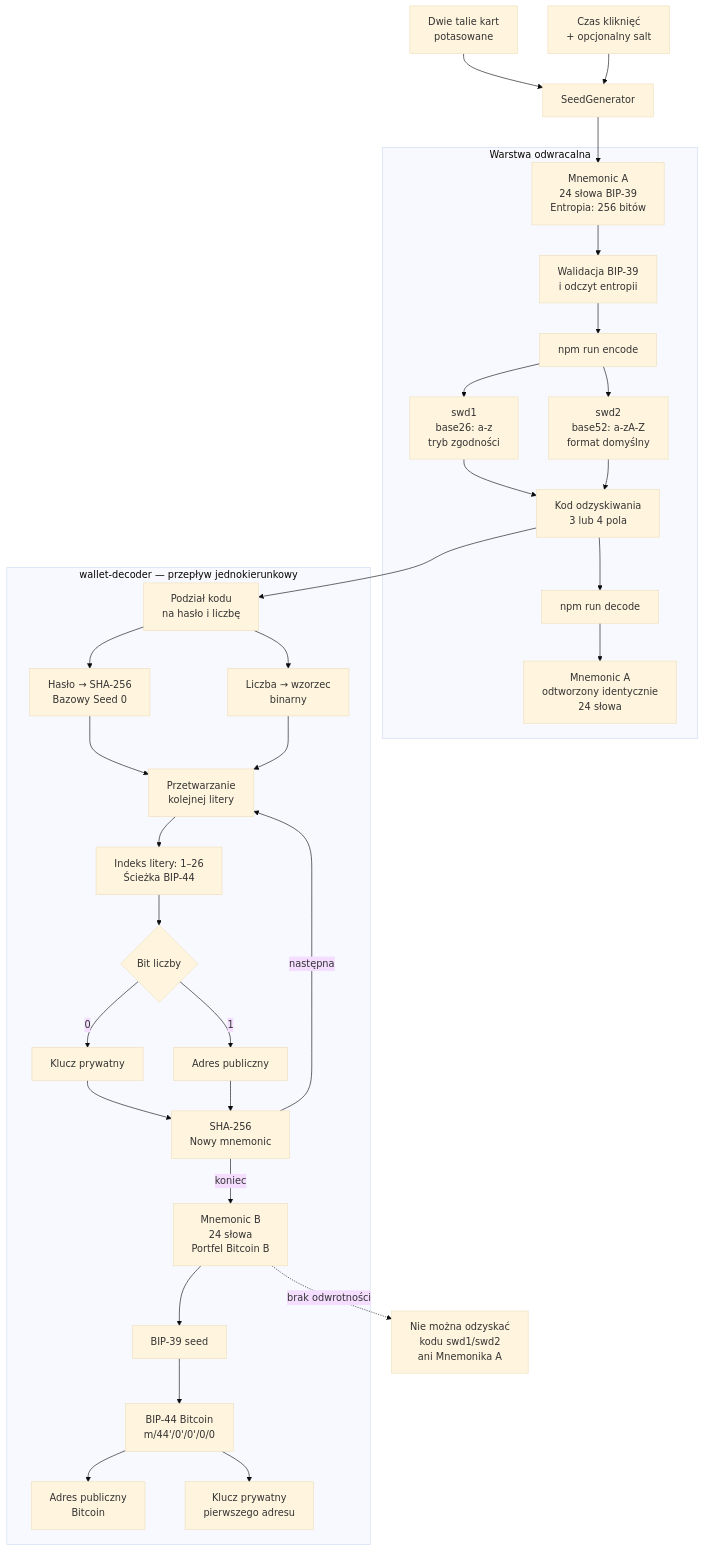
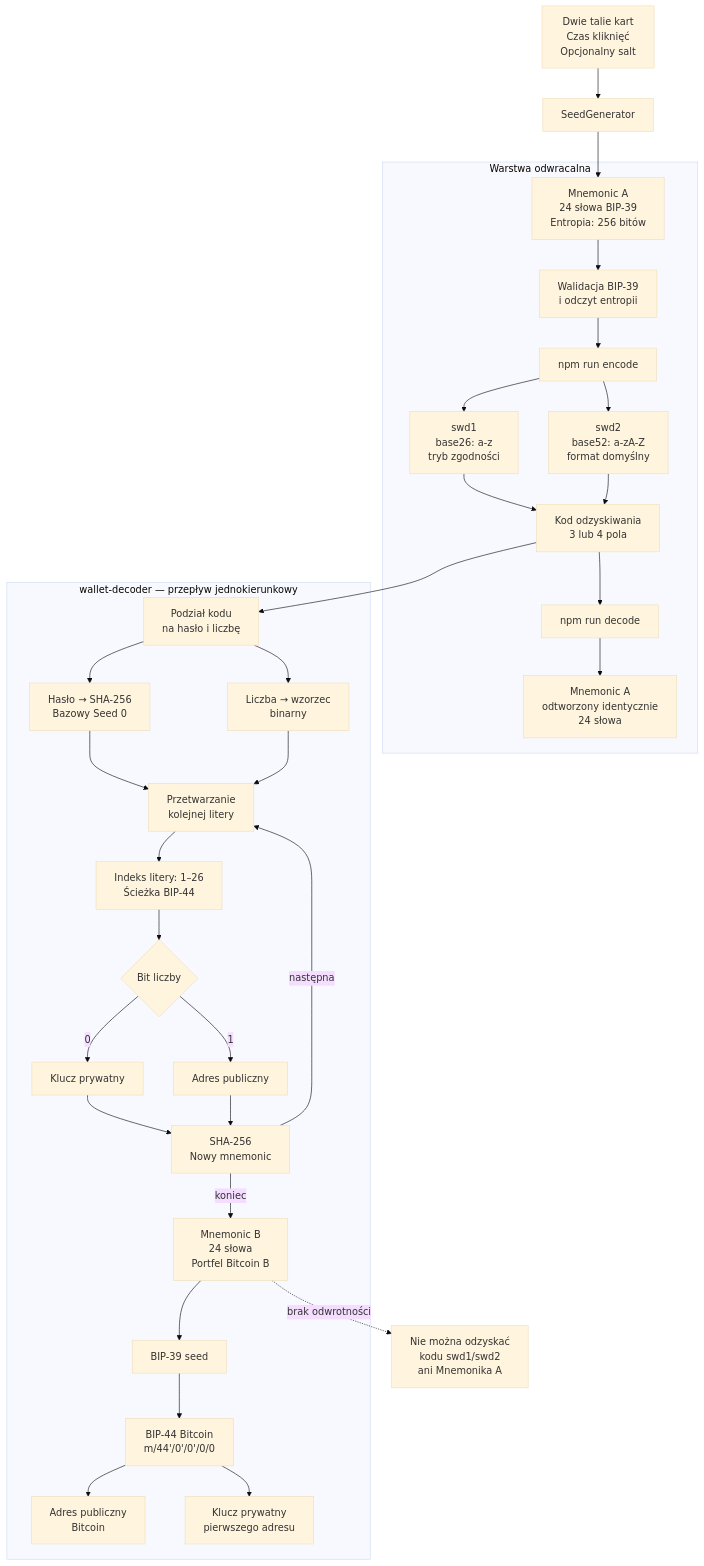
Before and after one commit to hattimon/Seed-Generator-Wallet-Decoder: the diagram in README.md, drawn with Mermaid (base theme).

Commit message:
Keep Mermaid inputs clear of GitHub controls

````diff
--- a/README.md
+++ b/README.md
@@ -25,39 +25,38 @@
 ```mermaid
 flowchart TD
-    A["Dwie talie kart<br/>potasowane"] --> B["SeedGenerator"]
-    T["Czas kliknięć<br/>+ opcjonalny salt"] --> B
+    A["Dwie talie kart<br/>Czas kliknięć<br/>Opcjonalny salt"] --> B["SeedGenerator"]
     B --> C["Mnemonic A<br/>24 słowa BIP-39<br/>Entropia: 256 bitów"]
 
     subgraph REV["Warstwa odwracalna"]
         C --> D["Walidacja BIP-39<br/>i odczyt entropii"]
         D --> E["npm run encode"]
         E --> F["swd1<br/>base26: a-z<br/>tryb zgodności"]
         E --> G["swd2<br/>base52: a-zA-Z<br/>format domyślny"]
         F --> H["Kod odzyskiwania<br/>3 lub 4 pola"]
         G --> H
         H --> I["npm run decode"]
         I --> J["Mnemonic A<br/>odtworzony identycznie<br/>24 słowa"]
     end
 
     subgraph LEG["wallet-decoder — przepływ jednokierunkowy"]
         H --> K["Podział kodu<br/>na hasło i liczbę"]
         K --> L["Hasło → SHA-256<br/>Bazowy Seed 0"]
         K --> M["Liczba → wzorzec<br/>binarny"]
         L --> N["Przetwarzanie<br/>kolejnej litery"]
         M --> N
         N --> O["Indeks litery: 1–26<br/>Ścieżka BIP-44"]
         O --> P{"Bit liczby"}
         P -->|"0"| Q["Klucz prywatny"]
         P -->|"1"| R["Adres publiczny"]
         Q --> S["SHA-256<br/>Nowy mnemonic"]
         R --> S
         S -->|"następna"| N
         S -->|"koniec"| U["Mnemonic B<br/>24 słowa<br/>Portfel Bitcoin B"]
         U --> V["BIP-39 seed"]
         V --> W["BIP-44 Bitcoin<br/>m/44'/0'/0'/0/0"]
         W --> X["Adres publiczny<br/>Bitcoin"]
         W --> Y["Klucz prywatny<br/>pierwszego adresu"]
     end
 
     U -. "brak odwrotności" .-> Z["Nie można odzyskać<br/>kodu swd1/swd2<br/>ani Mnemonika A"]
 ```
````
